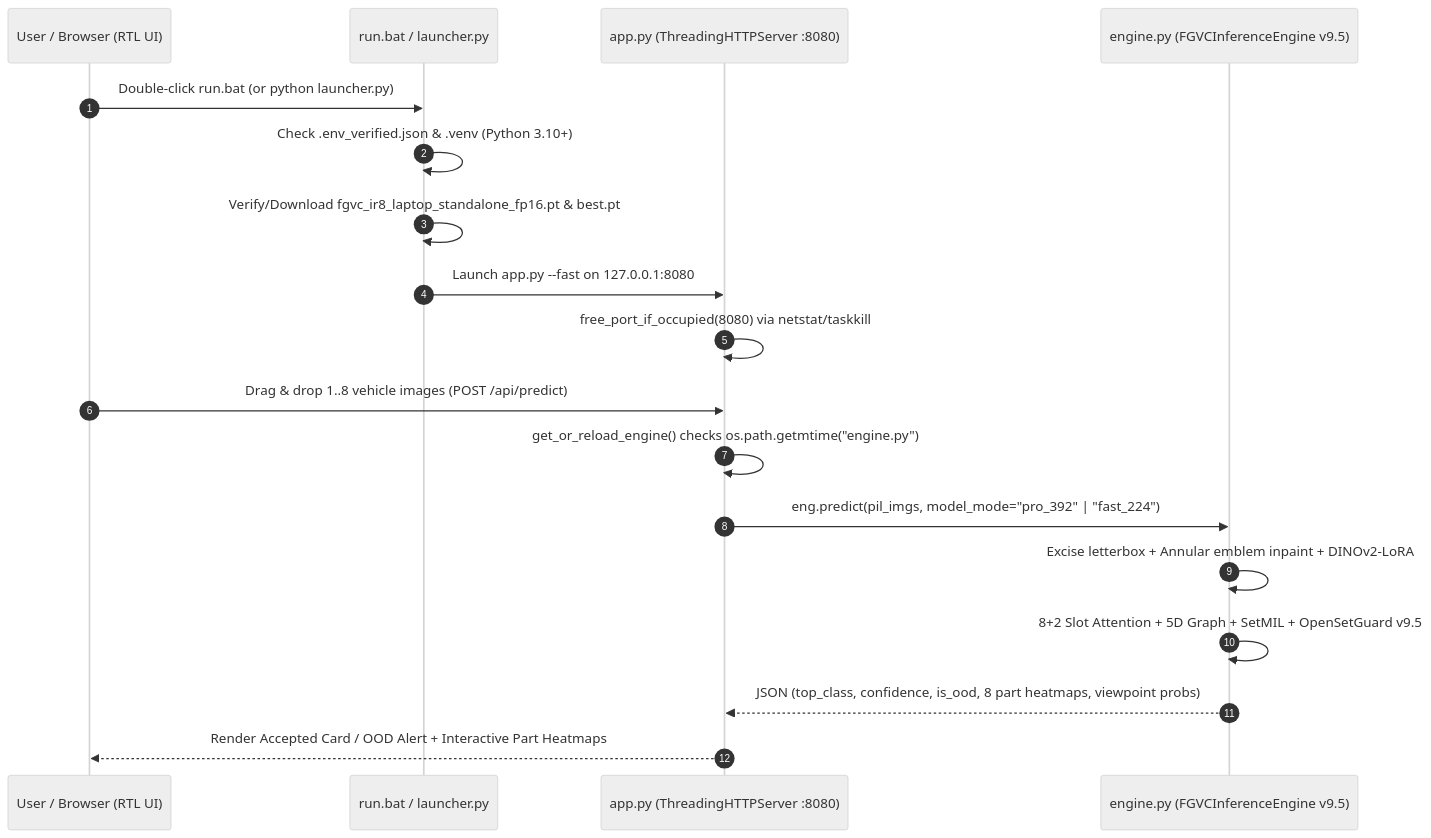
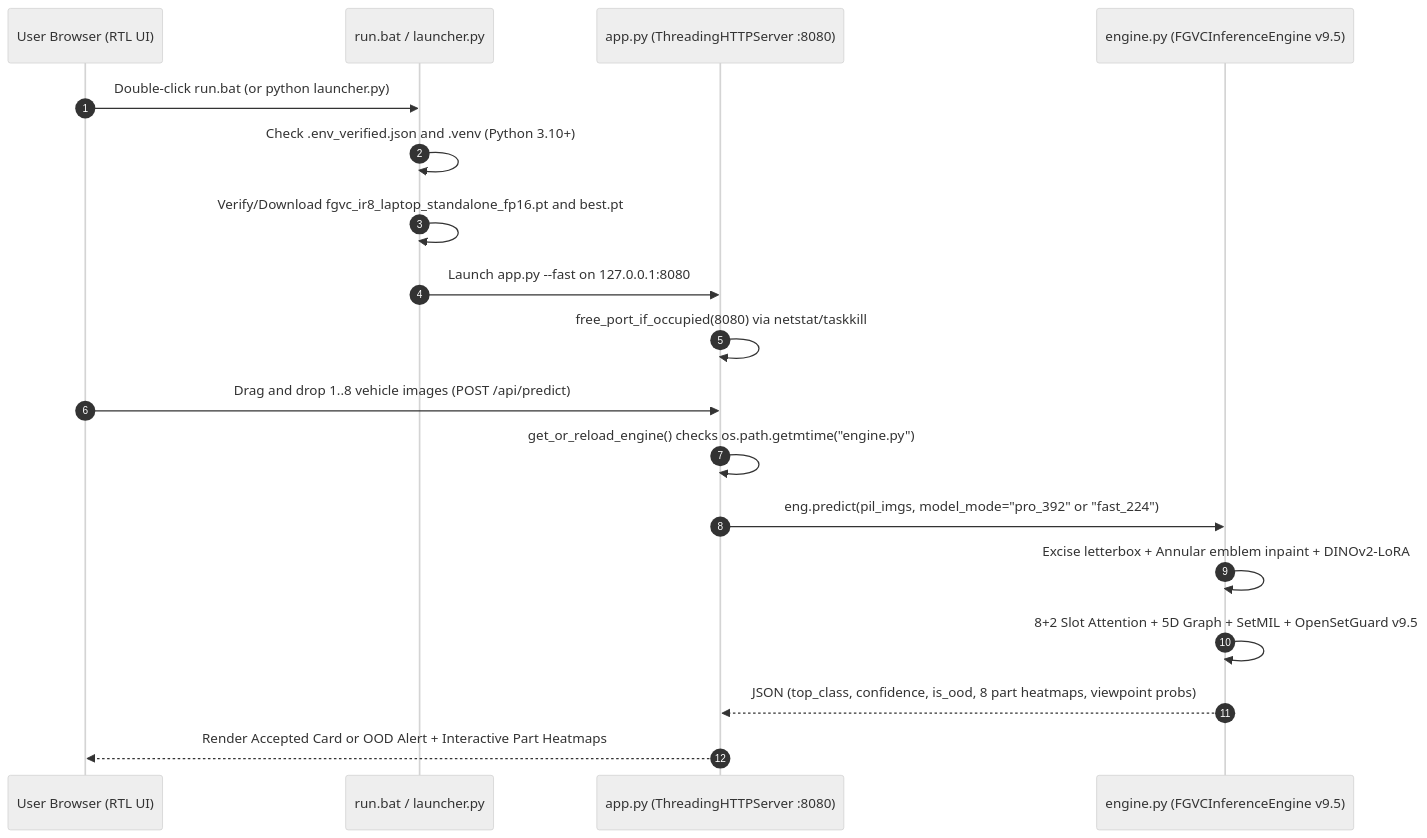
One commit to ahmadZMVD/FGVC-IR8 changed the fifth of 5 diagrams in README.fa.md. Above: the diagram before and after it, drawn with Mermaid (neutral theme). The commit also changed other lines of this file and 1 other file, not shown here.

````diff
--- a/README.fa.md
+++ b/README.fa.md
@@ -519,21 +534,21 @@
 ```mermaid
 sequenceDiagram
     autonumber
-    participant User as User / Browser (RTL UI)
+    participant User as User Browser (RTL UI)
     participant Bat as run.bat / launcher.py
     participant App as app.py (ThreadingHTTPServer :8080)
     participant Eng as engine.py (FGVCInferenceEngine v9.5)
 
     User->>Bat: Double-click run.bat (or python launcher.py)
-    Bat->>Bat: Check .env_verified.json & .venv (Python 3.10+)
-    Bat->>Bat: Verify/Download fgvc_ir8_laptop_standalone_fp16.pt & best.pt
+    Bat->>Bat: Check .env_verified.json and .venv (Python 3.10+)
+    Bat->>Bat: Verify/Download fgvc_ir8_laptop_standalone_fp16.pt and best.pt
     Bat->>App: Launch app.py --fast on 127.0.0.1:8080
     App->>App: free_port_if_occupied(8080) via netstat/taskkill
-    User->>App: Drag & drop 1..8 vehicle images (POST /api/predict)
+    User->>App: Drag and drop 1..8 vehicle images (POST /api/predict)
     App->>App: get_or_reload_engine() checks os.path.getmtime("engine.py")
-    App->>Eng: eng.predict(pil_imgs, model_mode="pro_392" | "fast_224")
+    App->>Eng: eng.predict(pil_imgs, model_mode="pro_392" or "fast_224")
     Eng->>Eng: Excise letterbox + Annular emblem inpaint + DINOv2-LoRA
     Eng->>Eng: 8+2 Slot Attention + 5D Graph + SetMIL + OpenSetGuard v9.5
     Eng-->>App: JSON (top_class, confidence, is_ood, 8 part heatmaps, viewpoint probs)
-    App-->>User: Render Accepted Card / OOD Alert + Interactive Part Heatmaps
+    App-->>User: Render Accepted Card or OOD Alert + Interactive Part Heatmaps
 ```
````
